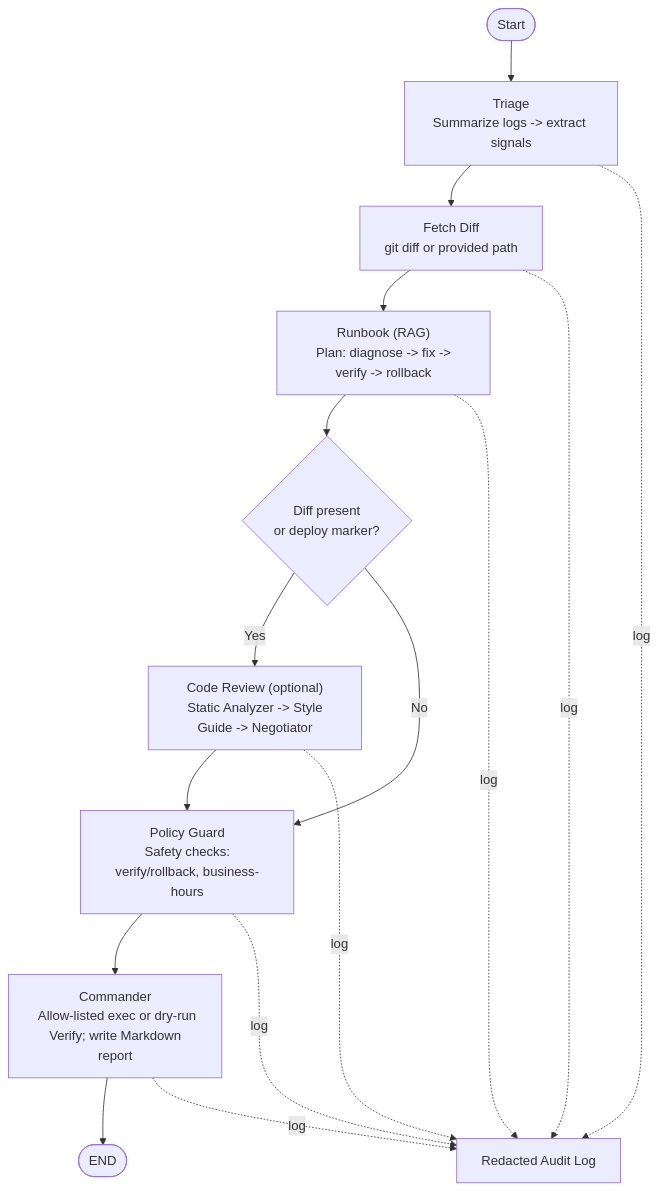
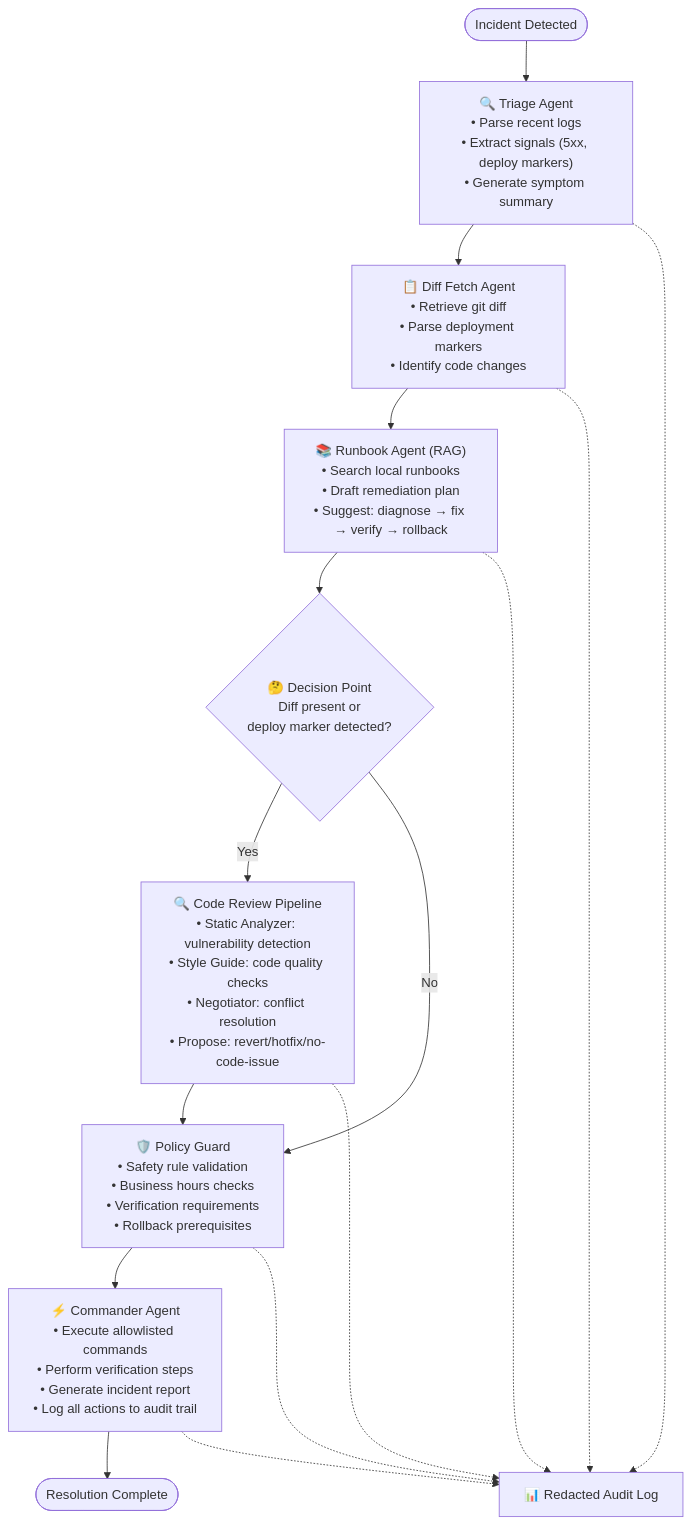
The diagram in README.md (jainshauryaj/OpsBridge), drawn with Mermaid before and after one commit. The commit also changed other lines of this file, not shown here.

````diff
--- a/README.md
+++ b/README.md
@@ -37,24 +39,27 @@
 ```mermaid
 flowchart TD
-  A([Start]) --> B["Triage\nSummarize logs -> extract signals"]
-  B --> C["Fetch Diff\n git diff or provided path"]
-  C --> D["Runbook (RAG)\n Plan: diagnose -> fix -> verify -> rollback"]
-  D --> E{"Diff present\n or deploy marker?"}
-
-  %% Optional code-review branch
-  E -- Yes --> CR["Code Review (optional)\n Static Analyzer -> Style Guide -> Negotiator"]
-
-  %% Policy guard & commander
-  E -- No --> I["Policy Guard\n Safety checks: verify/rollback, business-hours"]
-  CR --> I
-  I --> J["Commander\n Allow-listed exec or dry-run\n Verify; write Markdown report"]
-  J --> K([END])
-
-  %% Redacted audit log (sidecar)
-  B -. log .-> L[Redacted Audit Log]
-  C -. log .-> L
-  D -. log .-> L
-  CR -. log .-> L
-  I -. log .-> L
-  J -. log .-> L
+    A([Incident Detected]) --> B["🔍 Triage Agent<br/>• Parse recent logs<br/>• Extract signals (5xx, deploy markers)<br/>• Generate symptom summary"]
+    
+    B --> C["📋 Diff Fetch Agent<br/>• Retrieve git diff<br/>• Parse deployment markers<br/>• Identify code changes"]
+    
+    C --> D["📚 Runbook Agent (RAG)<br/>• Search local runbooks<br/>• Draft remediation plan<br/>• Suggest: diagnose → fix → verify → rollback"]
+    
+    D --> E{"🤔 Decision Point<br/>Diff present or<br/>deploy marker detected?"}
+    
+    E -->|Yes| F["🔍 Code Review Pipeline<br/>• Static Analyzer: vulnerability detection<br/>• Style Guide: code quality checks<br/>• Negotiator: conflict resolution<br/>• Propose: revert/hotfix/no-code-issue"]
+    
+    E -->|No| G["🛡️ Policy Guard<br/>• Safety rule validation<br/>• Business hours checks<br/>• Verification requirements<br/>• Rollback prerequisites"]
+    
+    F --> G
+    G --> H["⚡ Commander Agent<br/>• Execute allowlisted commands<br/>• Perform verification steps<br/>• Generate incident report<br/>• Log all actions to audit trail"]
+    
+    H --> I([Resolution Complete])
+    
+    %% Audit logging (sidecar process)
+    B -.-> J[📊 Redacted Audit Log]
+    C -.-> J
+    D -.-> J
+    F -.-> J
+    G -.-> J
+    H -.-> J
 ```
````
